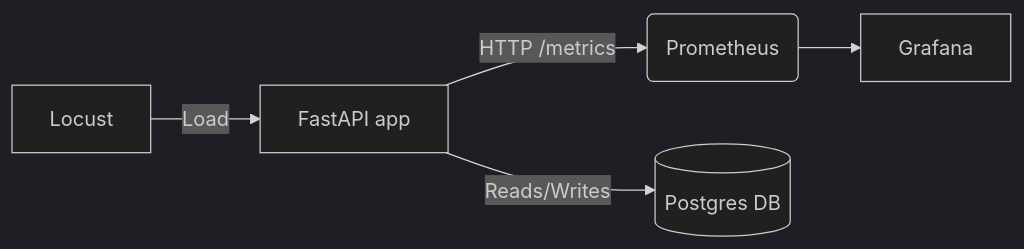
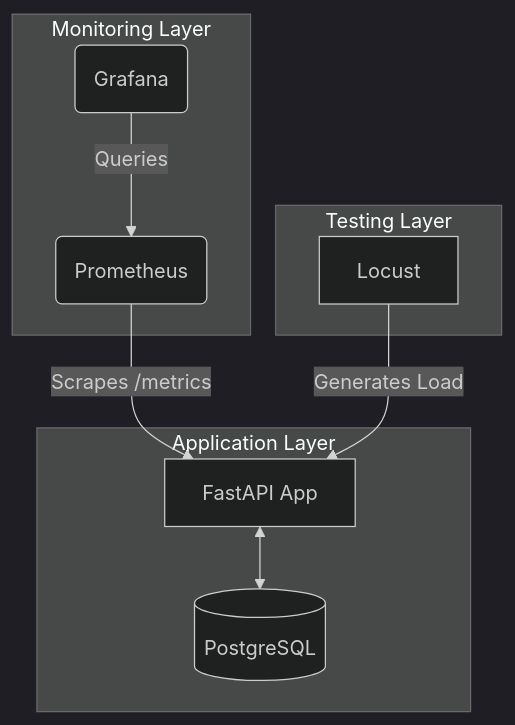
One commit to MichAdebayo/fastapi-monitoring-and-observability changed the diagram in README.md. Above: the diagram before and after it, drawn with Mermaid (dark theme). The commit also changed other lines of this file, not shown here.

Commit message:
docs: update README to reflect project scope and architecture; enhance clarity on monitoring and observability practices

````diff
--- a/README.md
+++ b/README.md
@@ -29,7 +21,21 @@
- ```mermaid
- flowchart LR
-   A[FastAPI app] -->|HTTP /metrics| B(Prometheus)
-   A -->|Reads/Writes| C[(Postgres DB)]
-   B --> D[Grafana]
-   E[Locust] -->|Load| A
- ```
+```mermaid
+flowchart TD
+    subgraph "Application Layer"
+        API[FastAPI App]
+        DB[(PostgreSQL)]
+    end
+
+    subgraph "Monitoring Layer"
+        PROM(Prometheus)
+        GRAF(Grafana)
+    end
+
+    subgraph "Testing Layer"
+        LOC[Locust]
+    end
+
+    API <--> DB
+    PROM -- "Scrapes /metrics" --> API
+    GRAF -- "Queries" --> PROM
+    LOC -- "Generates Load" --> API
+```
````
